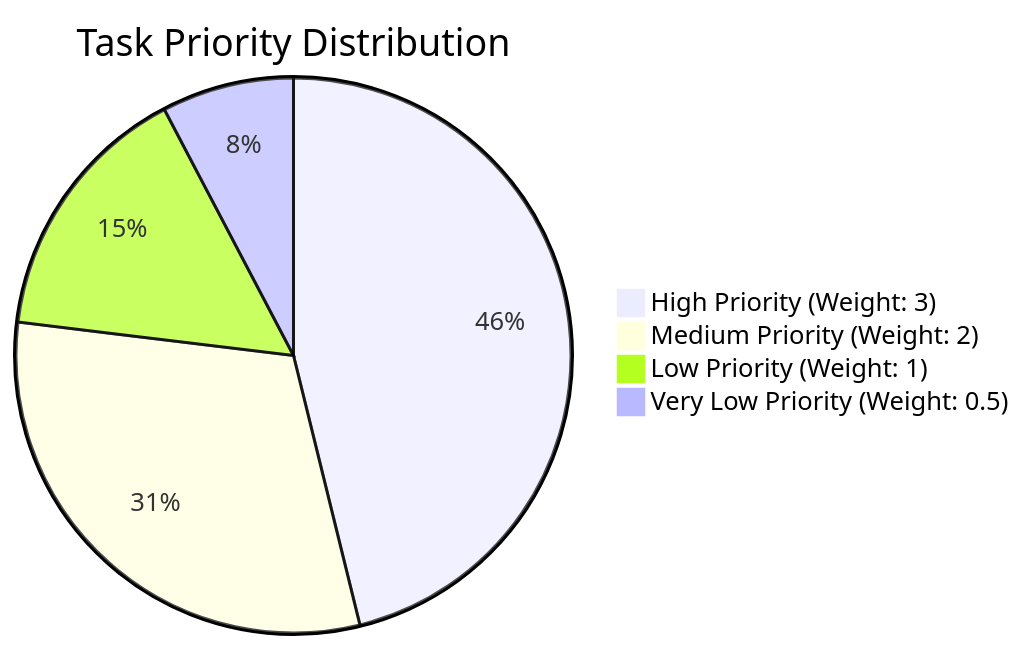
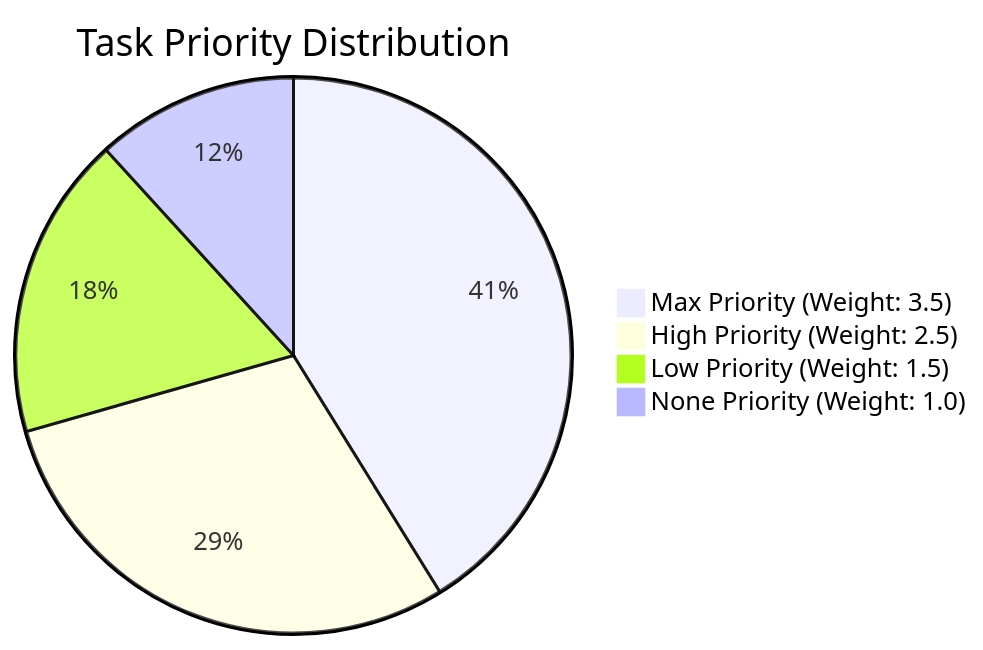
The fourth of 4 diagrams in .qoder/repowiki/en/content/Analytics and Daily Scoring/Analytics and Daily Scoring.md (Saransh-Sharma/Tasker), drawn with Mermaid before and after one commit. The commit also changed other lines of this file and 115 other files, not shown here.

````diff
--- a/.qoder/repowiki/en/content/Analytics and Daily Scoring/Analytics and Daily Scoring.md
+++ b/.qoder/repowiki/en/content/Analytics and Daily Scoring/Analytics and Daily Scoring.md
@@ -142,8 +170,8 @@
 ```mermaid
 pie
 title Task Priority Distribution
-"High Priority (Weight: 3)" : 3
-"Medium Priority (Weight: 2)" : 2
-"Low Priority (Weight: 1)" : 1
-"Very Low Priority (Weight: 0.5)" : 0.5
+"Max Priority (Weight: 3.5)" : 3.5
+"High Priority (Weight: 2.5)" : 2.5
+"Low Priority (Weight: 1.5)" : 1.5
+"None Priority (Weight: 1.0)" : 1.0
 ```
````
